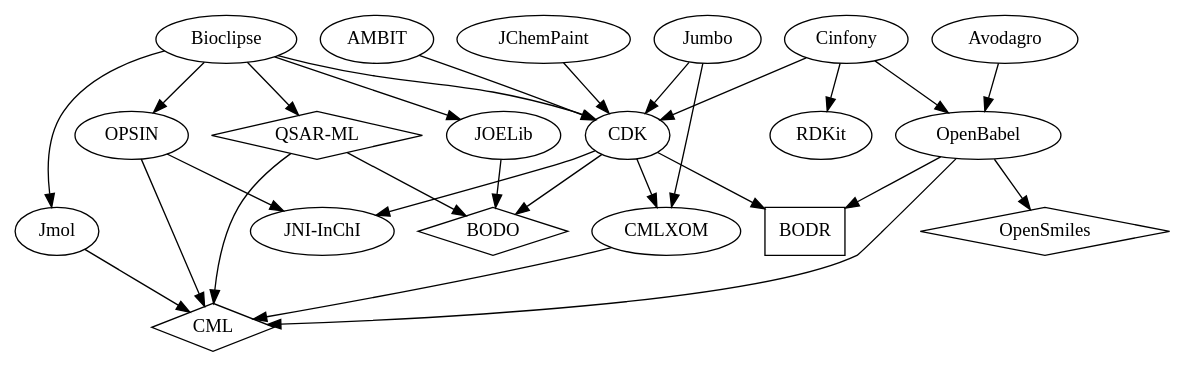
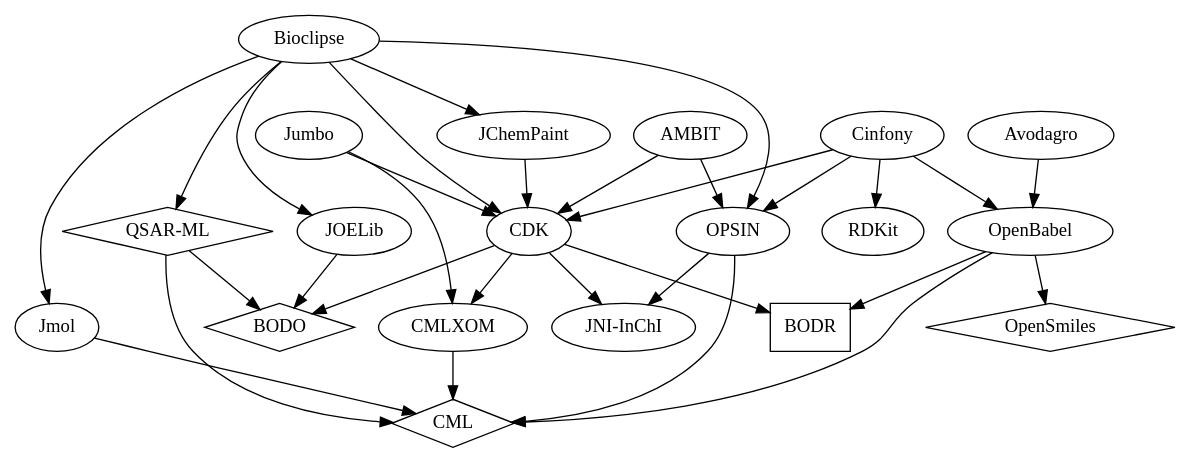
Before and after one commit to bopaper/bopaper: the diagram in deps.dot, drawn with Graphviz. The commit also changed 1 other file, not shown here.

```diff
--- a/deps.dot
+++ b/deps.dot
@@ -1,64 +1,70 @@
 digraph g {
   /* license colors:
 
-    ... to be done ...
+    GPL v3 : dark green
+    GPL v2 : light green
+    LGPL v2 : dark blue
+    LGPL v2 : light blue
 
   */
 
   /* Project labels */
 
   ambit [label="AMBIT"] ;
   avogadro [label="Avodagro"] ;
   bioclipse [label="Bioclipse"] ;
   bodo [label="BODO",shape=diamond] ;
   bodr [label="BODR",shape=box] ;
   cdk [label="CDK"] ;
   cinfony [label="Cinfony"] ;
   cml [label="CML",shape=diamond] ;
   cmlxom [label="CMLXOM"] ;
   jchempaint [label="JChemPaint"] ;
   jmol [label="Jmol"] ;
   jniinchi [label="JNI-InChI"] ;
   jumbo [label="Jumbo"] ;
   ob [label="OpenBabel"] ;
   joelib [label="JOELib"] ;
   opensmiles [label="OpenSmiles",shape=diamond] ;
   opsin [label="OPSIN"] ;
   qsarml [label="QSAR-ML",shape=diamond] ;
   rdkit [label="RDKit"] ;
 
   /* Uses */
 
   cdk -> jniinchi ;
   cdk -> bodr ;
   cdk -> bodo ;
   ob -> bodr ;
   ob -> opensmiles ;
   ob -> cml ;
   avogadro -> ob ;
   bioclipse -> cdk ;
   bioclipse -> jmol ;
   bioclipse -> opsin ;
   bioclipse -> joelib ;
+  bioclipse -> jchempaint ;
   cdk -> cmlxom ;
   jumbo -> cdk ;
   jumbo -> cmlxom ;
   cmlxom -> cml ;
   jchempaint -> cdk ;
   cinfony -> cdk ;
   cinfony -> ob ;
   cinfony -> rdkit ;
   ambit -> cdk ;
   jmol -> cml ;
   joelib -> bodo ;
   bioclipse -> qsarml ;
   qsarml -> cml ;
   qsarml -> bodo ;
   opsin -> cml ;
   opsin -> jniinchi ;
+  ambit -> opsin ;
+  cinfony -> opsin ;
 
   /* Inherited code */
 
   /* ... who wants to have a go ? ... */
 
 }
```
